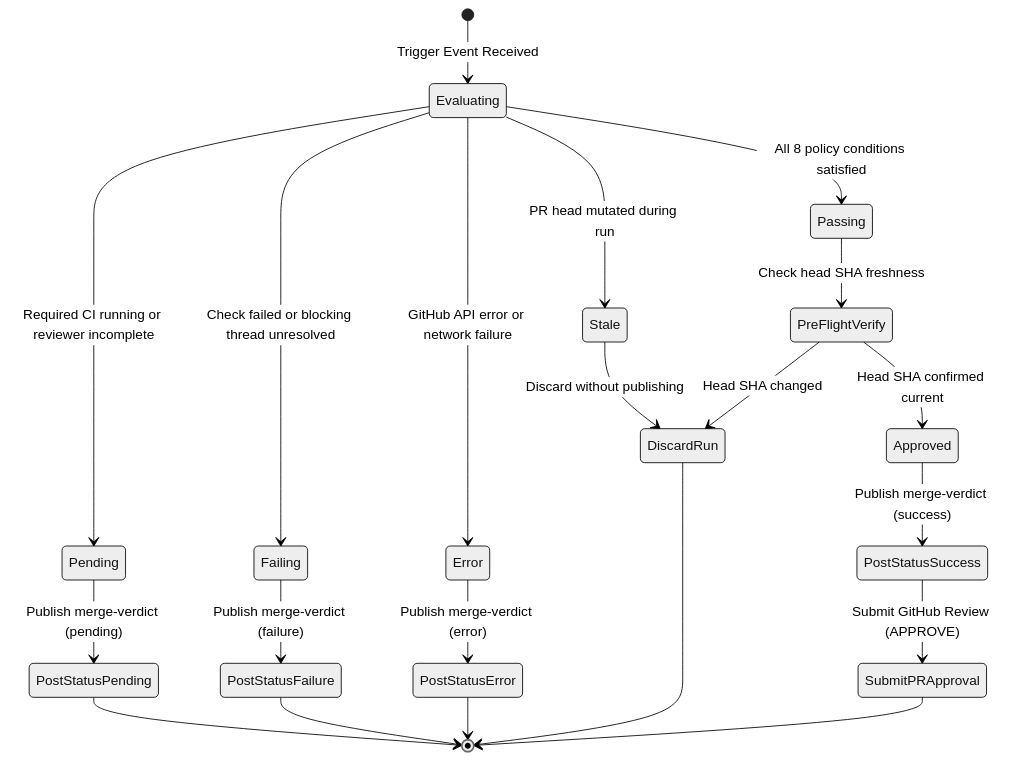
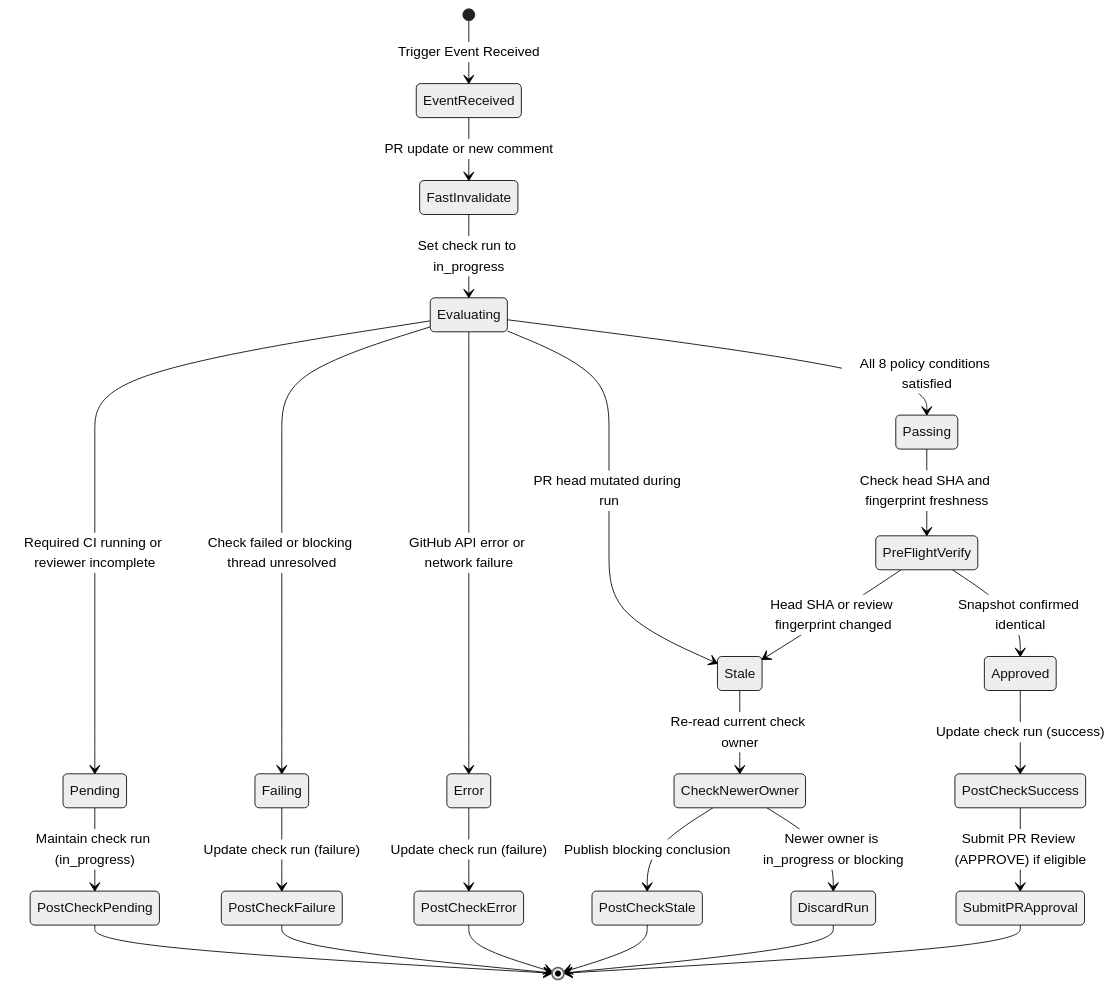
The diagram in docs/events-and-state.md (gordonpn/merge-verdict), drawn with Mermaid (neutral theme) before and after one commit. The commit also changed other lines of this file and 10 other files, not shown here.

````diff
--- a/docs/events-and-state.md
+++ b/docs/events-and-state.md
@@ -109,28 +132,33 @@
 ```mermaid
 stateDiagram-v2
-    [*] --> Evaluating: Trigger Event Received
+    [*] --> EventReceived: Trigger Event Received
+    EventReceived --> FastInvalidate: PR update or new comment
+    FastInvalidate --> Evaluating: Set check run to in_progress
 
     Evaluating --> Pending: Required CI running or reviewer incomplete
     Evaluating --> Failing: Check failed or blocking thread unresolved
     Evaluating --> Stale: PR head mutated during run
     Evaluating --> Error: GitHub API error or network failure
     Evaluating --> Passing: All 8 policy conditions satisfied
 
-    Pending --> PostStatusPending: Publish merge-verdict (pending)
-    Failing --> PostStatusFailure: Publish merge-verdict (failure)
-    Error --> PostStatusError: Publish merge-verdict (error)
-    Stale --> DiscardRun: Discard without publishing
+    Pending --> PostCheckPending: Maintain check run (in_progress)
+    Failing --> PostCheckFailure: Update check run (failure)
+    Error --> PostCheckError: Update check run (failure)
+    Stale --> CheckNewerOwner: Re-read current check owner
+    CheckNewerOwner --> DiscardRun: Newer owner is in_progress or blocking
+    CheckNewerOwner --> PostCheckStale: Publish blocking conclusion
 
-    Passing --> PreFlightVerify: Check head SHA freshness
-    PreFlightVerify --> DiscardRun: Head SHA changed
-    PreFlightVerify --> Approved: Head SHA confirmed current
+    Passing --> PreFlightVerify: Check head SHA and fingerprint freshness
+    PreFlightVerify --> Stale: Head SHA or review fingerprint changed
+    PreFlightVerify --> Approved: Snapshot confirmed identical
 
-    Approved --> PostStatusSuccess: Publish merge-verdict (success)
-    PostStatusSuccess --> SubmitPRApproval: Submit GitHub Review (APPROVE)
+    Approved --> PostCheckSuccess: Update check run (success)
+    PostCheckSuccess --> SubmitPRApproval: Submit PR Review (APPROVE) if eligible
 
-    PostStatusPending --> [*]
-    PostStatusFailure --> [*]
-    PostStatusError --> [*]
+    PostCheckPending --> [*]
+    PostCheckFailure --> [*]
+    PostCheckError --> [*]
+    PostCheckStale --> [*]
     DiscardRun --> [*]
     SubmitPRApproval --> [*]
 ```
````
